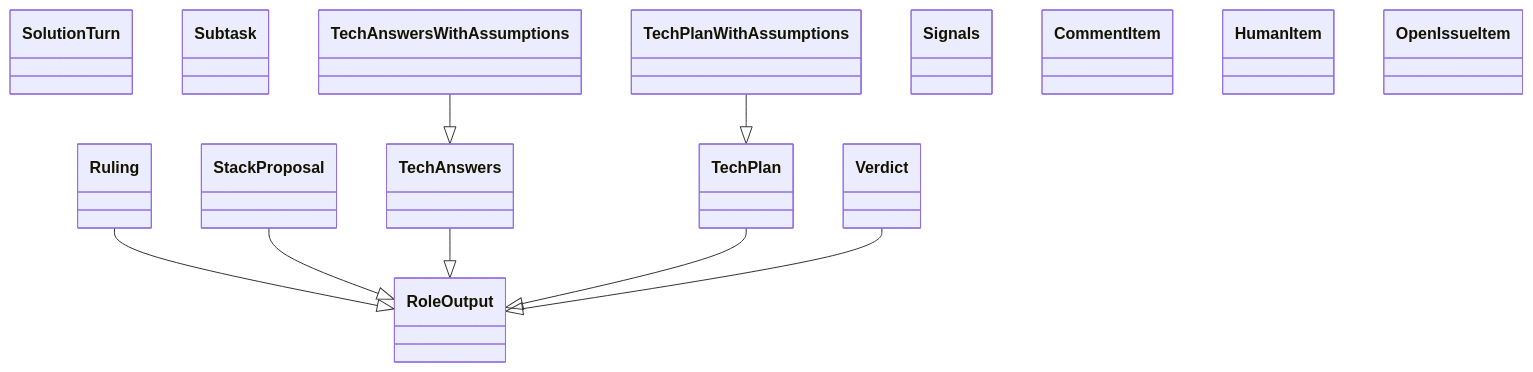
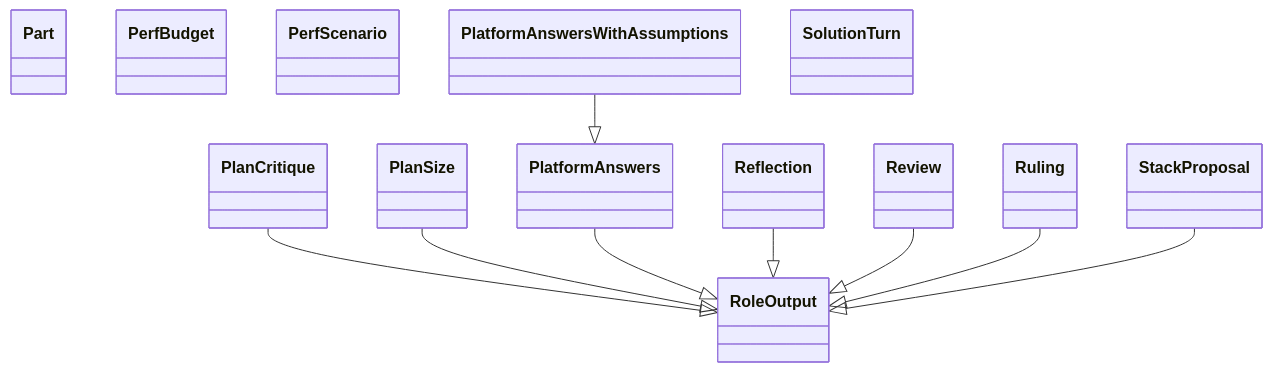
Before and after one commit to GonzaloZevallos/agentic-system: the diagram in docs/architecture/generated/classes-process-domain-roles-4.md, drawn with Mermaid. The commit also changed other lines of this file and 27 other files, not shown here.

````diff
--- a/docs/architecture/generated/classes-process-domain-roles-4.md
+++ b/docs/architecture/generated/classes-process-domain-roles-4.md
@@ -28,24 +29,24 @@
 ```mermaid
 classDiagram
+    class schemas__Part["Part"]
+    class schemas__PerfBudget["PerfBudget"]
+    class schemas__PerfScenario["PerfScenario"]
+    class schemas__PlanCritique["PlanCritique"]
+    class schemas__PlanSize["PlanSize"]
+    class schemas__PlatformAnswers["PlatformAnswers"]
+    class schemas__PlatformAnswersWithAssumptions["PlatformAnswersWithAssumptions"]
+    class schemas__Reflection["Reflection"]
+    class schemas__Review["Review"]
     class schemas__RoleOutput["RoleOutput"]
     class schemas__Ruling["Ruling"]
     class schemas__SolutionTurn["SolutionTurn"]
     class schemas__StackProposal["StackProposal"]
-    class schemas__Subtask["Subtask"]
-    class schemas__TechAnswers["TechAnswers"]
-    class schemas__TechAnswersWithAssumptions["TechAnswersWithAssumptions"]
-    class schemas__TechPlan["TechPlan"]
-    class schemas__TechPlanWithAssumptions["TechPlanWithAssumptions"]
-    class schemas__Verdict["Verdict"]
-    class stack_signals__Signals["Signals"]
-    class tracker_items__CommentItem["CommentItem"]
-    class tracker_items__HumanItem["HumanItem"]
-    class tracker_items__OpenIssueItem["OpenIssueItem"]
+    schemas__PlanCritique --|> schemas__RoleOutput
+    schemas__PlanSize --|> schemas__RoleOutput
+    schemas__PlatformAnswers --|> schemas__RoleOutput
+    schemas__PlatformAnswersWithAssumptions --|> schemas__PlatformAnswers
+    schemas__Reflection --|> schemas__RoleOutput
+    schemas__Review --|> schemas__RoleOutput
     schemas__Ruling --|> schemas__RoleOutput
     schemas__StackProposal --|> schemas__RoleOutput
-    schemas__TechAnswers --|> schemas__RoleOutput
-    schemas__TechAnswersWithAssumptions --|> schemas__TechAnswers
-    schemas__TechPlan --|> schemas__RoleOutput
-    schemas__TechPlanWithAssumptions --|> schemas__TechPlan
-    schemas__Verdict --|> schemas__RoleOutput
 ```
````
